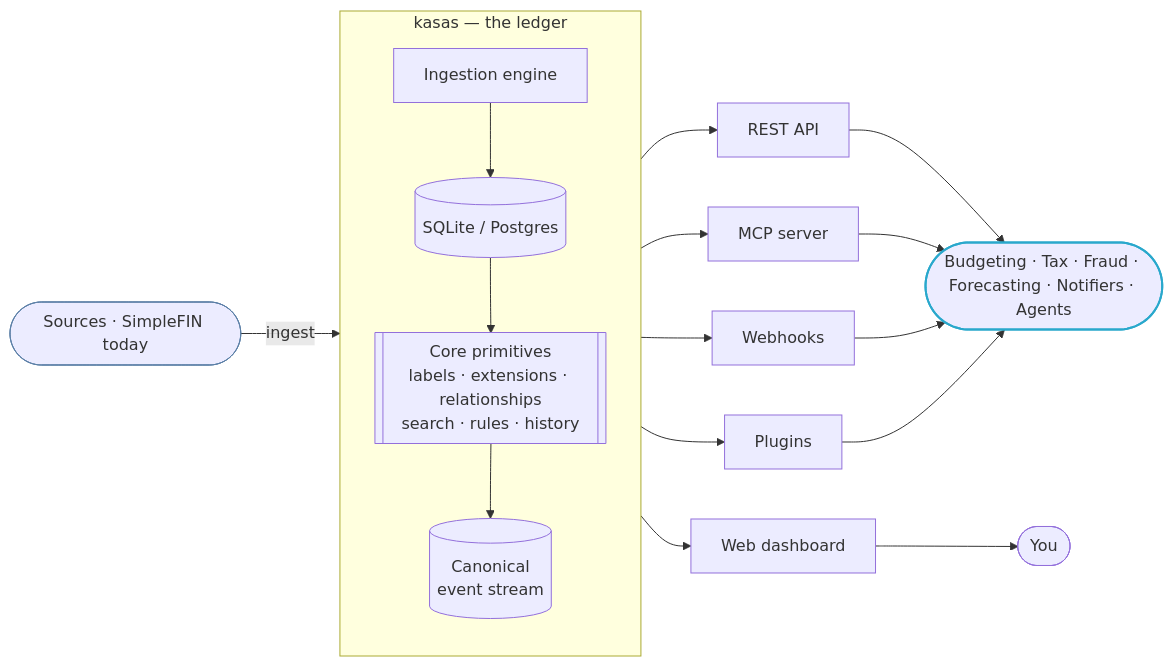
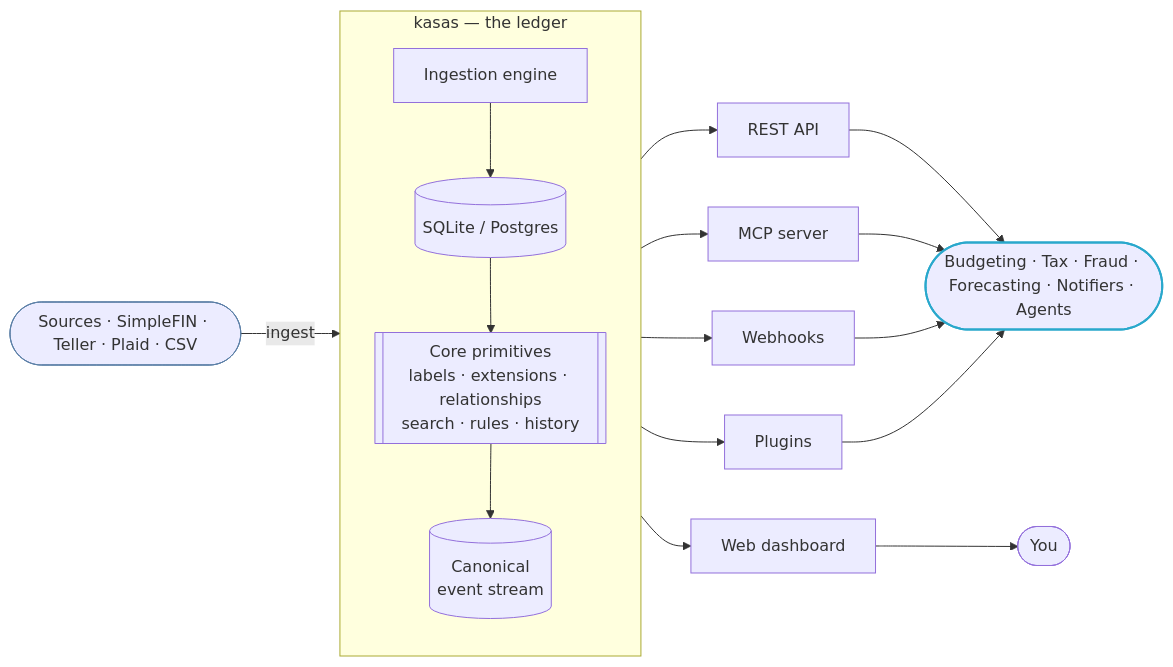
One commit to paulmeier/kasas changed the diagram in docs/index.md. Above: the diagram before and after it, drawn with Mermaid. The commit also changed other lines of this file and 11 other files, not shown here.

````diff
--- a/docs/index.md
+++ b/docs/index.md
@@ -38,32 +40,32 @@
 ```mermaid
 flowchart LR
-    SRC([Sources · SimpleFIN today]):::ext
+    SRC([Sources · SimpleFIN · Teller · Plaid · CSV]):::ext
 
     subgraph K["kasas — the ledger"]
         direction TB
         SYNC[Ingestion engine]
         DB[(SQLite / Postgres)]
         CORE[["Core primitives<br/>labels · extensions · relationships<br/>search · rules · history"]]
         EV[(Canonical<br/>event stream)]
         SYNC --> DB --> CORE --> EV
     end
 
     SRC -->|ingest| SYNC
 
     K --> REST[REST API]
     K --> MCP[MCP server]
     K --> DASH[Web dashboard]
     EV --> WH[Webhooks]
     EV --> PL[Plugins]
 
     REST --> APPS
     MCP --> APPS
     DASH --> USER([You])
     WH --> APPS
     PL --> APPS
 
     APPS([Budgeting · Tax · Fraud · Forecasting · Notifiers · Agents]):::apps
 
     classDef ext stroke:#5b7fa6,stroke-width:1px;
     classDef apps stroke:#29a8cc,stroke-width:2px;
 ```
````
